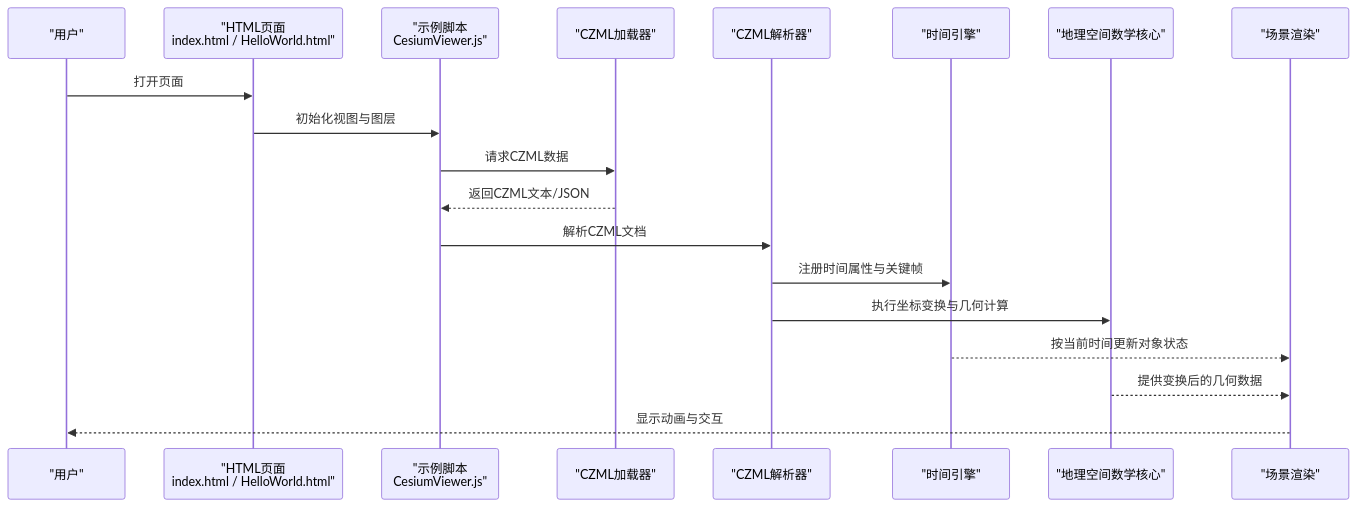
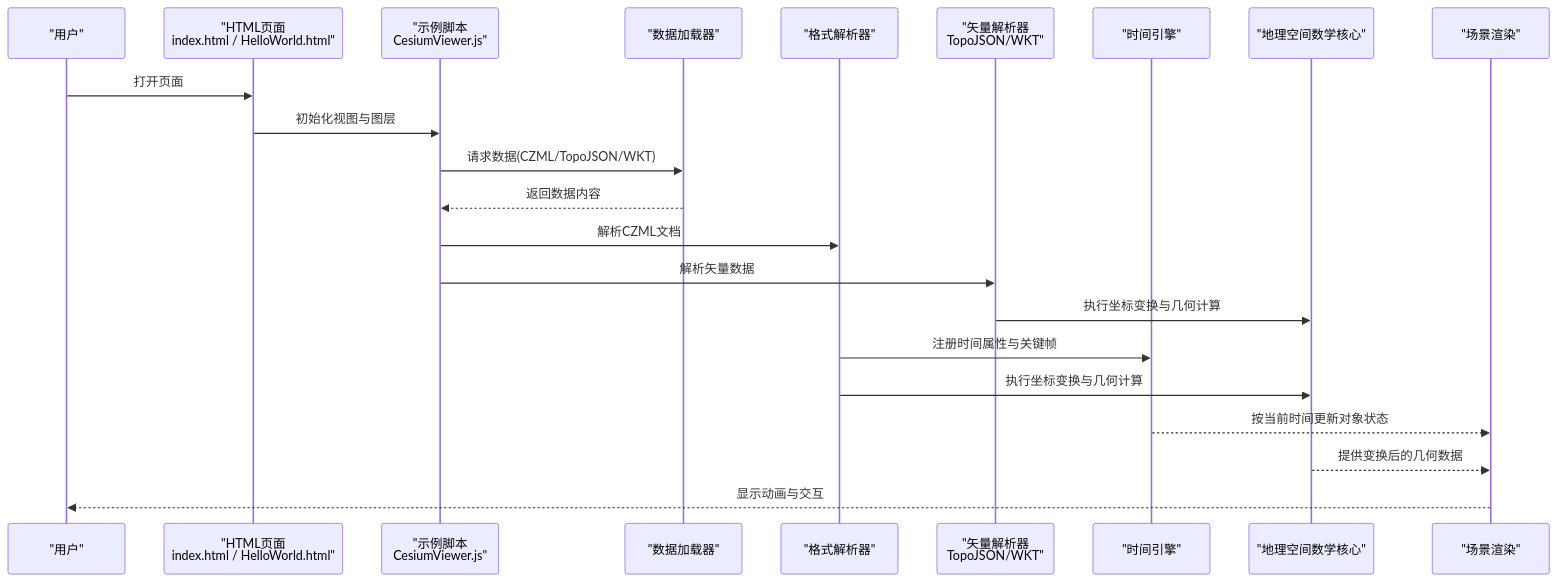
Before and after one commit to rzhangjing/cesium: the second of 11 diagrams in .qoder/repowiki/zh/content/项目概述/核心特性/地理空间数据处理/地理空间数据处理.md, drawn with Mermaid. The commit also changed other lines of this file and 60 other files, not shown here.

````diff
--- a/.qoder/repowiki/zh/content/项目概述/核心特性/地理空间数据处理/地理空间数据处理.md
+++ b/.qoder/repowiki/zh/content/项目概述/核心特性/地理空间数据处理/地理空间数据处理.md
@@ -125,21 +143,24 @@
 ```mermaid
 sequenceDiagram
 participant U as "用户"
 participant HTML as "HTML页面<br/>index.html / HelloWorld.html"
 participant JS as "示例脚本<br/>CesiumViewer.js"
-participant Loader as "CZML加载器"
-participant Parser as "CZML解析器"
+participant Loader as "数据加载器"
+participant Parser as "格式解析器"
+participant VectorParser as "矢量解析器<br/>TopoJSON/WKT"
 participant Time as "时间引擎"
 participant GeoMath as "地理空间数学核心"
 participant Scene as "场景渲染"
 U->>HTML : 打开页面
 HTML->>JS : 初始化视图与图层
-JS->>Loader : 请求CZML数据
-Loader-->>JS : 返回CZML文本/JSON
+JS->>Loader : 请求数据(CZML/TopoJSON/WKT)
+Loader-->>JS : 返回数据内容
 JS->>Parser : 解析CZML文档
+JS->>VectorParser : 解析矢量数据
+VectorParser->>GeoMath : 执行坐标变换与几何计算
 Parser->>Time : 注册时间属性与关键帧
 Parser->>GeoMath : 执行坐标变换与几何计算
 Time-->>Scene : 按当前时间更新对象状态
 GeoMath-->>Scene : 提供变换后的几何数据
 Scene-->>U : 显示动画与交互
 ```
````
